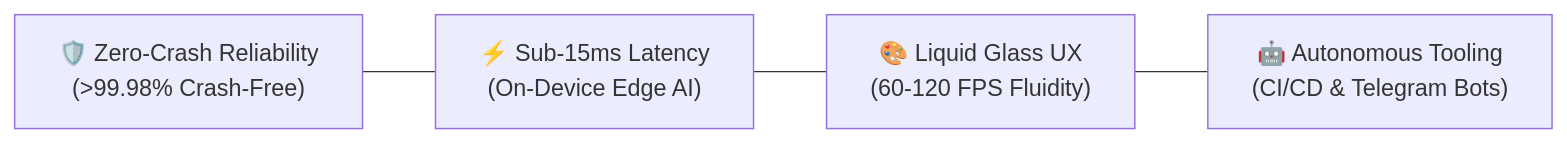
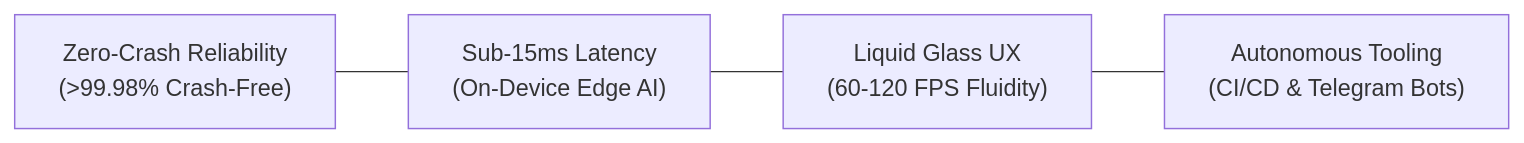
Before and after one commit to Brosfeer/Brosfeer: the diagram in README.md, drawn with Mermaid. The commit also changed other lines of this file, not shown here.

````diff
--- a/README.md
+++ b/README.md
@@ -66,6 +66,6 @@
 ```mermaid
 graph LR
-    Pillar1["🛡️ Zero-Crash Reliability<br/>(>99.98% Crash-Free)"] --- Pillar2["⚡ Sub-15ms Latency<br/>(On-Device Edge AI)"]
-    Pillar2 --- Pillar3["🎨 Liquid Glass UX<br/>(60-120 FPS Fluidity)"]
-    Pillar3 --- Pillar4["🤖 Autonomous Tooling<br/>(CI/CD & Telegram Bots)"]
+    Pillar1["Zero-Crash Reliability<br/>(>99.98% Crash-Free)"] --- Pillar2["Sub-15ms Latency<br/>(On-Device Edge AI)"]
+    Pillar2 --- Pillar3["Liquid Glass UX<br/>(60-120 FPS Fluidity)"]
+    Pillar3 --- Pillar4["Autonomous Tooling<br/>(CI/CD & Telegram Bots)"]
 ```
````
